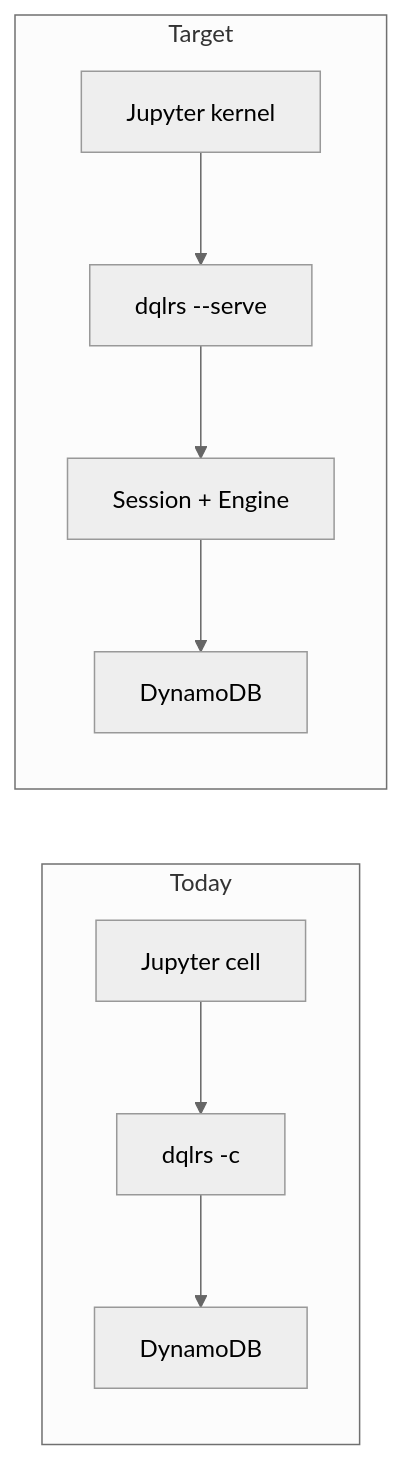
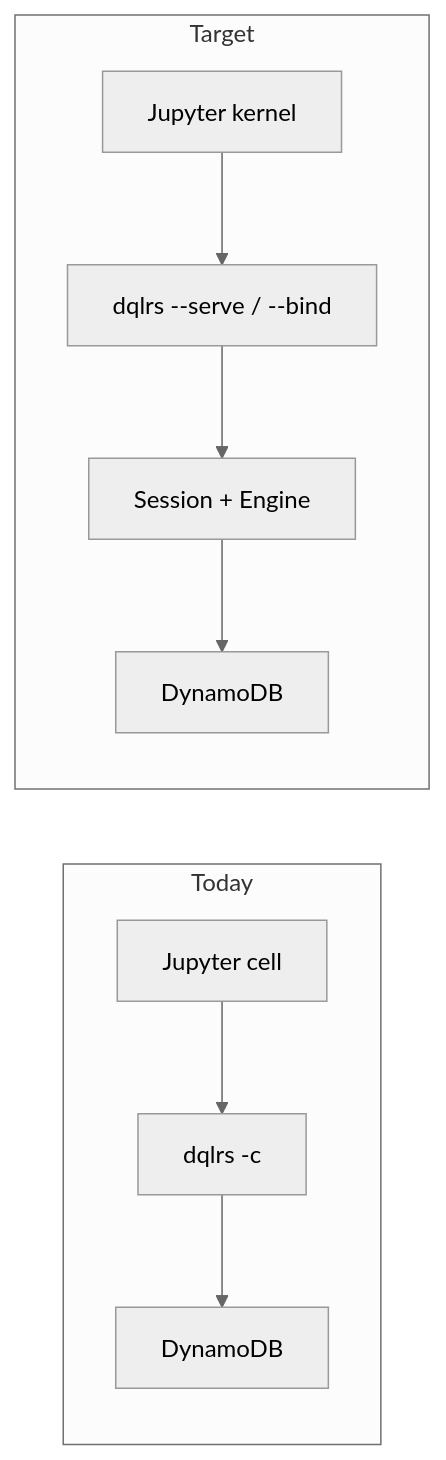
Before and after one commit to jspreddy/dql: the diagram in rust-plans/headless_worker.md, drawn with Mermaid (neutral theme). The commit also changed other lines of this file and 2 other files, not shown here.

First line of the commit message:
Put loopback --bind in v1 of the dqlrs serve plan.

````diff
--- a/rust-plans/headless_worker.md
+++ b/rust-plans/headless_worker.md
@@ -18,12 +18,12 @@
 ```mermaid
 flowchart LR
   subgraph today [Today]
     Lab1[Jupyter cell] --> OneShot["dqlrs -c"]
     OneShot --> AWS1[DynamoDB]
   end
   subgraph target [Target]
-    Lab2[Jupyter kernel] --> Worker["dqlrs --serve"]
+    Lab2[Jupyter kernel] --> Worker["dqlrs --serve / --bind"]
     Worker --> Session[Session + Engine]
     Session --> AWS2[DynamoDB]
   end
 ```
````
